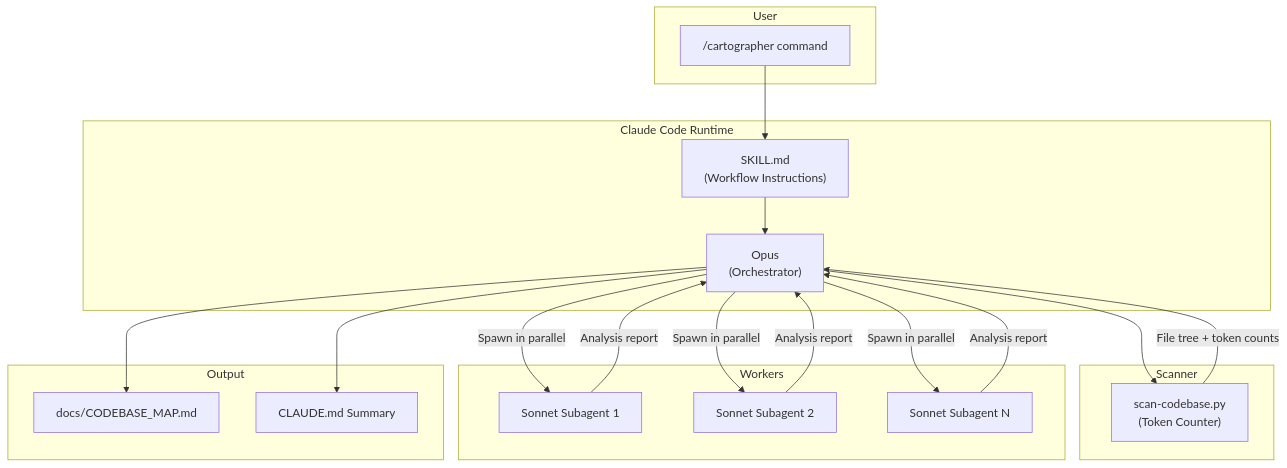
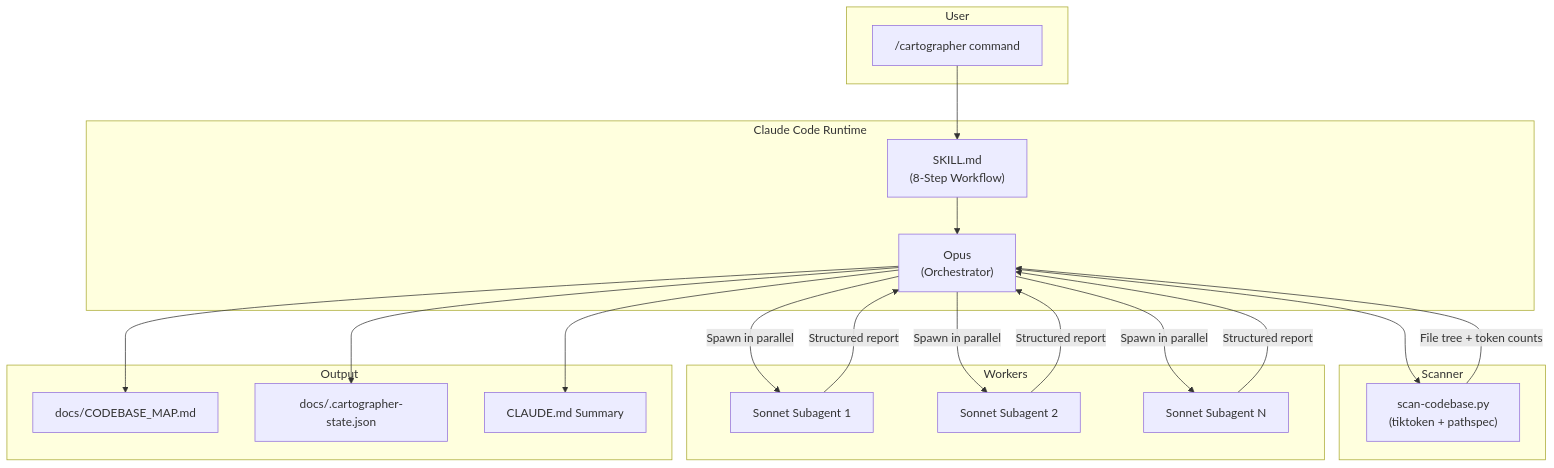
Before and after one commit to yelban/cartographer: the first of 3 diagrams in docs/CODEBASE_MAP.md, drawn with Mermaid. The commit also changed other lines of this file and 7 other files, not shown here.

````diff
--- a/docs/CODEBASE_MAP.md
+++ b/docs/CODEBASE_MAP.md
@@ -15,39 +15,41 @@
 ```mermaid
 graph TB
     subgraph User
         CMD["/cartographer command"]
     end
 
     subgraph "Claude Code Runtime"
-        SKILL["SKILL.md<br/>(Workflow Instructions)"]
+        SKILL["SKILL.md<br/>(8-Step Workflow)"]
         OPUS["Opus<br/>(Orchestrator)"]
     end
 
     subgraph "Scanner"
-        SCAN["scan-codebase.py<br/>(Token Counter)"]
+        SCAN["scan-codebase.py<br/>(tiktoken + pathspec)"]
     end
 
     subgraph "Workers"
         S1["Sonnet Subagent 1"]
         S2["Sonnet Subagent 2"]
         S3["Sonnet Subagent N"]
     end
 
     subgraph "Output"
         MAP["docs/CODEBASE_MAP.md"]
+        STATE["docs/.cartographer-state.json"]
         CLAUDE["CLAUDE.md Summary"]
     end
 
     CMD --> SKILL
     SKILL --> OPUS
     OPUS --> SCAN
     SCAN -->|"File tree + token counts"| OPUS
     OPUS -->|"Spawn in parallel"| S1
     OPUS -->|"Spawn in parallel"| S2
     OPUS -->|"Spawn in parallel"| S3
-    S1 -->|"Analysis report"| OPUS
-    S2 -->|"Analysis report"| OPUS
-    S3 -->|"Analysis report"| OPUS
+    S1 -->|"Structured report"| OPUS
+    S2 -->|"Structured report"| OPUS
+    S3 -->|"Structured report"| OPUS
     OPUS --> MAP
+    OPUS --> STATE
     OPUS --> CLAUDE
 ```
````
